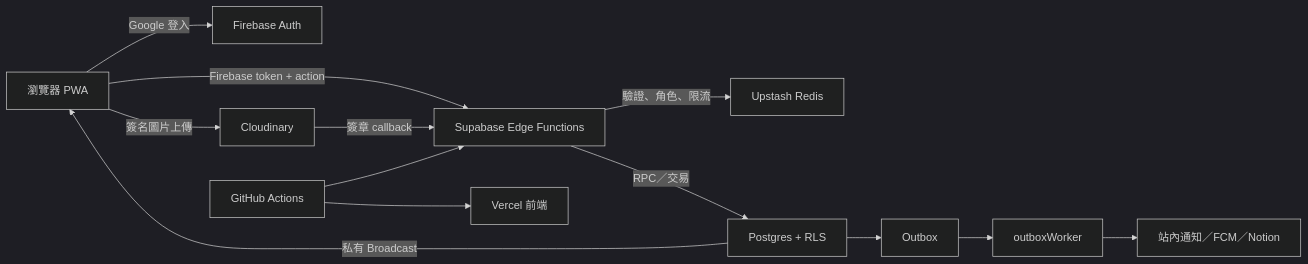
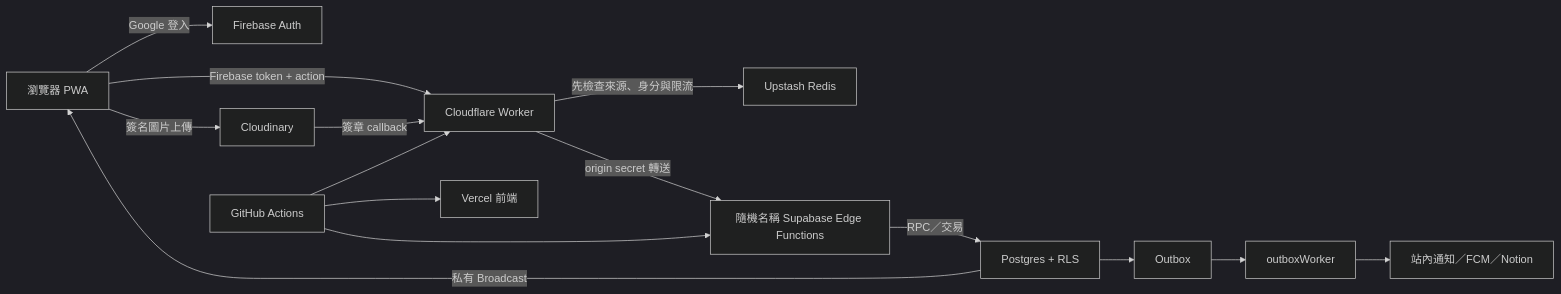
The first of 2 diagrams in docs/architecture.md (tavricccc/novae-website), drawn with Mermaid (dark theme) before and after one commit. The commit also changed other lines of this file and 30 other files, not shown here.

````diff
--- a/docs/architecture.md
+++ b/docs/architecture.md
@@ -7,15 +7,17 @@
 ```mermaid
 flowchart LR
   U[瀏覽器 PWA] -->|Google 登入| F[Firebase Auth]
-  U -->|Firebase token + action| E[Supabase Edge Functions]
-  E -->|驗證、角色、限流| R[Upstash Redis]
+  U -->|Firebase token + action| CFW[Cloudflare Worker]
+  CFW -->|先檢查來源、身分與限流| R[Upstash Redis]
+  CFW -->|origin secret 轉送| E[隨機名稱 Supabase Edge Functions]
   E -->|RPC／交易| P[Postgres + RLS]
   P -->|私有 Broadcast| U
   U -->|簽名圖片上傳| C[Cloudinary]
-  C -->|簽章 callback| E
+  C -->|簽章 callback| CFW
   P --> O[Outbox]
   O --> W[outboxWorker]
   W --> N[站內通知／FCM／Notion]
-  G[GitHub Actions] --> E
+  G[GitHub Actions] --> CFW
+  G --> E
   G --> V[Vercel 前端]
 ```
````
